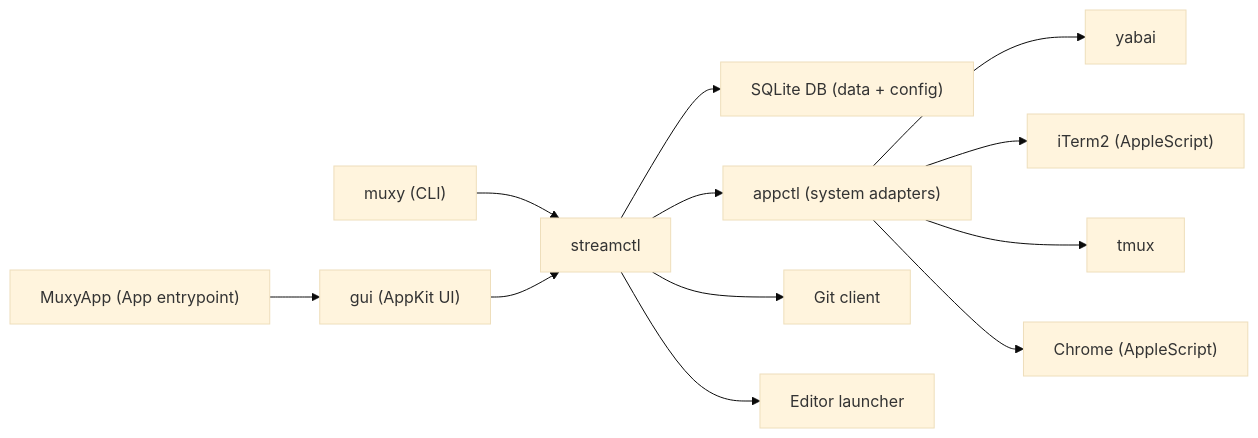
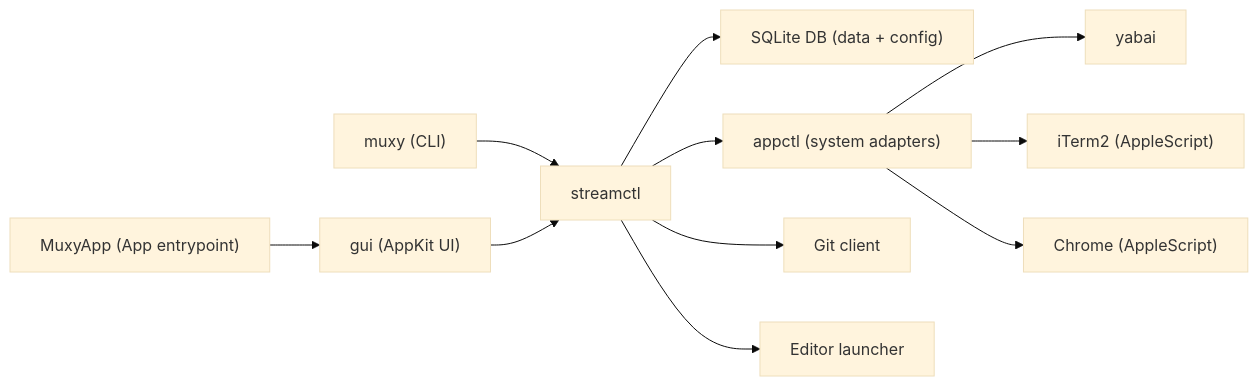
Before and after one commit to yogesh-dhande/spaces: the first of 5 diagrams in apps/macos/docs/architecture.md, drawn with Mermaid (base theme). The commit also changed other lines of this file and 17 other files, not shown here.

````diff
--- a/apps/macos/docs/architecture.md
+++ b/apps/macos/docs/architecture.md
@@ -24,16 +24,15 @@
 ```mermaid
 flowchart LR
   cli["muxy (CLI)"] --> stream["streamctl"]
   guiapp["MuxyApp (App entrypoint)"] --> gui["gui (AppKit UI)"]
   gui --> stream
 
   stream --> db["SQLite DB (data + config)"]
   stream --> appctl["appctl (system adapters)"]
   stream --> git["Git client"]
   stream --> editor["Editor launcher"]
 
   appctl --> yabai["yabai"]
   appctl --> iterm["iTerm2 (AppleScript)"]
-  appctl --> tmux["tmux"]
   appctl --> chrome["Chrome (AppleScript)"]
 ```
````
